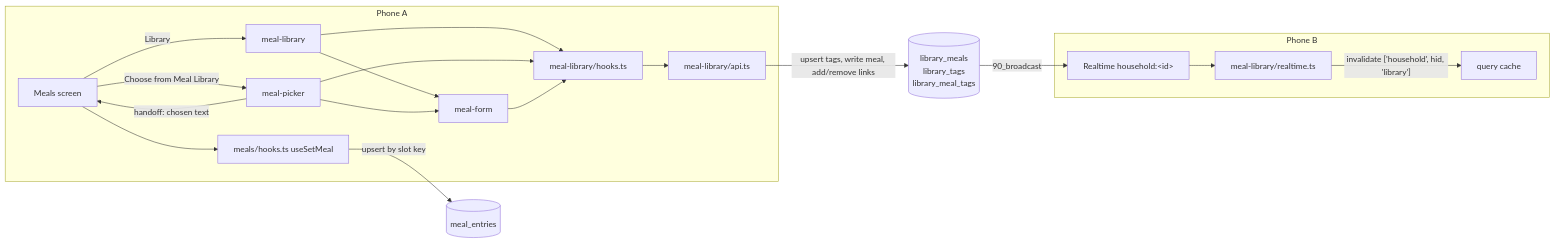
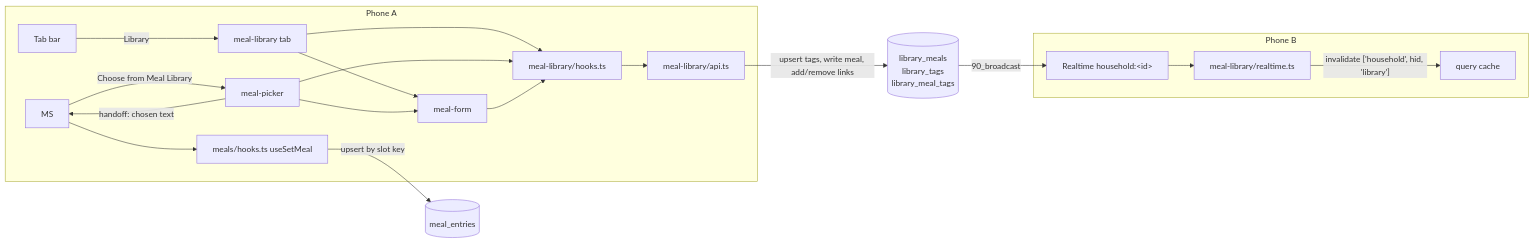
One commit to dustinwalkup/kitchin-native changed the first of 2 diagrams in specs/meal-library/2-design.md. Above: the diagram before and after it, drawn with Mermaid. The commit also changed other lines of this file and 19 other files, not shown here.

First line of the commit message:
feat: add Meal Library tab to the app

````diff
--- a/specs/meal-library/2-design.md
+++ b/specs/meal-library/2-design.md
@@ -127,18 +129,18 @@
 ```mermaid
 flowchart LR
   subgraph PhoneA[Phone A]
-    MS[Meals screen] -- Library --> LS[meal-library]
+    TB[Tab bar] -- Library --> LS[meal-library tab]
     MS -- Choose from Meal Library --> PK[meal-picker]
     LS --> MF[meal-form]
     PK --> MF
     LS & PK & MF --> LH[meal-library/hooks.ts] --> LA[meal-library/api.ts]
     PK -- "handoff: chosen text" --> MS
     MS --> MH[meals/hooks.ts useSetMeal]
   end
   LA -- "upsert tags, write meal, add/remove links" --> T[(library_meals<br/>library_tags<br/>library_meal_tags)]
   MH -- "upsert by slot key" --> E[(meal_entries)]
   T -- "90_broadcast" --> RT[Realtime household:&lt;id&gt;]
   subgraph PhoneB[Phone B]
     RT --> LRT[meal-library/realtime.ts] -- "invalidate ['household', hid, 'library']" --> QC[query cache]
   end
 ```
````
